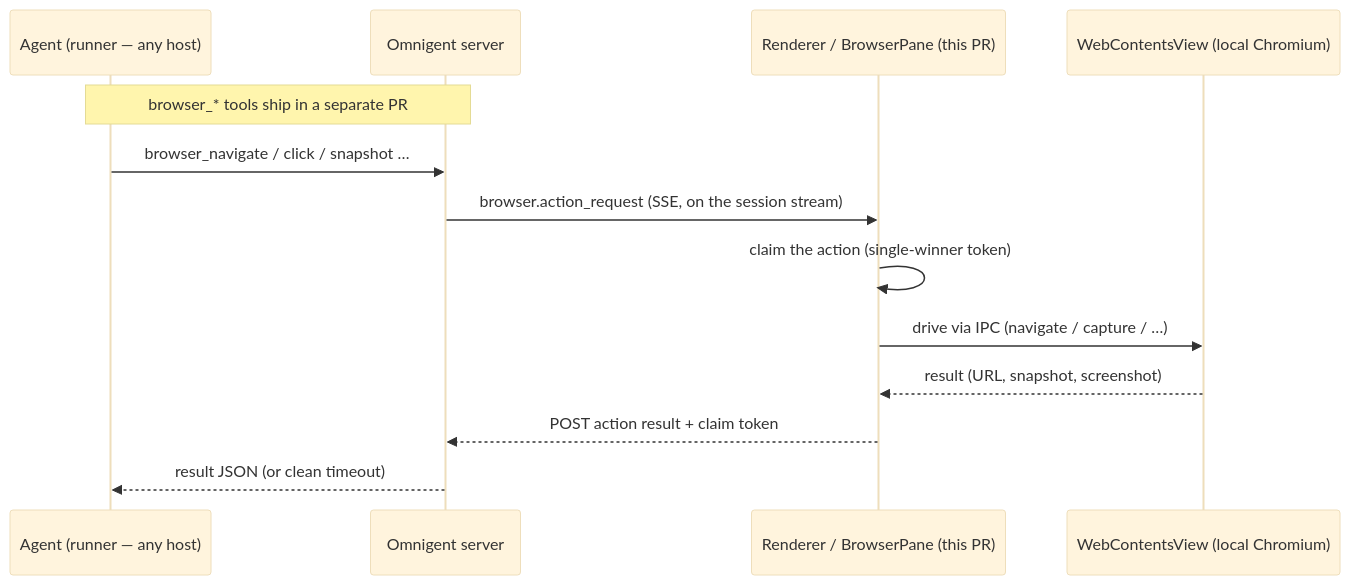
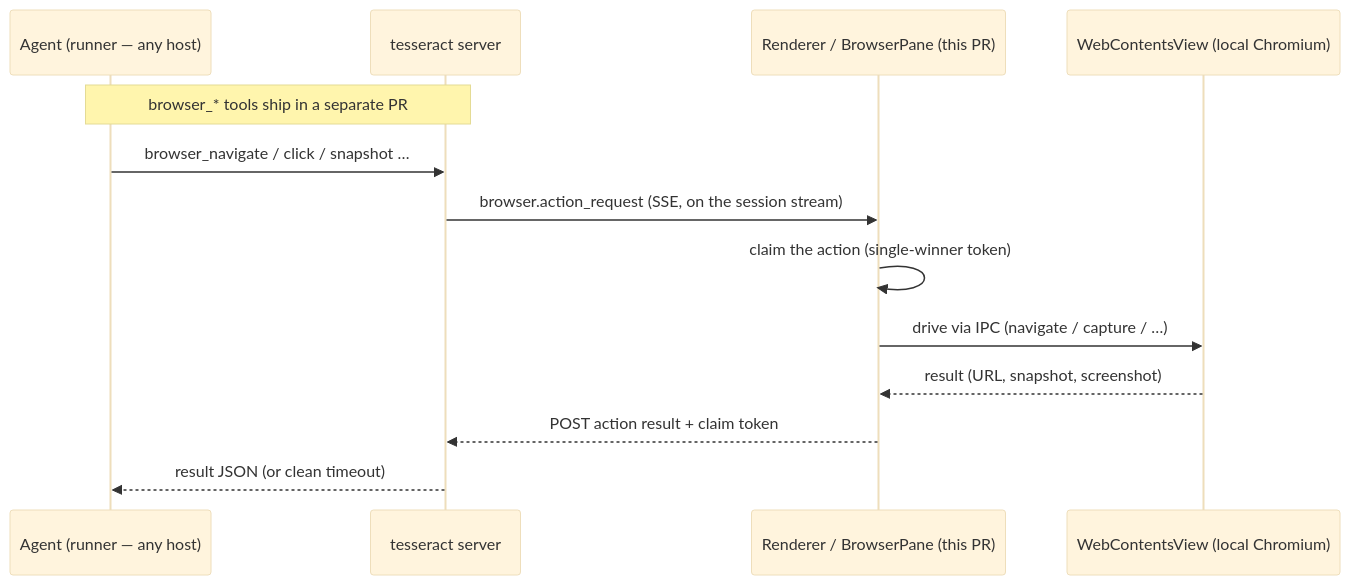
One commit to yoaugust/tesseract-harness changed the diagram in web/electron/README.md. Above: the diagram before and after it, drawn with Mermaid (base theme). The commit also changed other lines of this file and 1060 other files, not shown here.

````diff
--- a/web/electron/README.md
+++ b/web/electron/README.md
@@ -259,16 +259,16 @@
 ```mermaid
 sequenceDiagram
     participant A as Agent (runner — any host)
-    participant S as Omnigent server
+    participant S as tesseract server
     participant R as Renderer / BrowserPane (this PR)
     participant V as WebContentsView (local Chromium)
 
     Note over A,S: browser_* tools ship in a separate PR
     A->>S: browser_navigate / click / snapshot …
     S->>R: browser.action_request (SSE, on the session stream)
     R->>R: claim the action (single-winner token)
     R->>V: drive via IPC (navigate / capture / …)
     V-->>R: result (URL, snapshot, screenshot)
     R-->>S: POST action result + claim token
     S-->>A: result JSON (or clean timeout)
 ```
````
